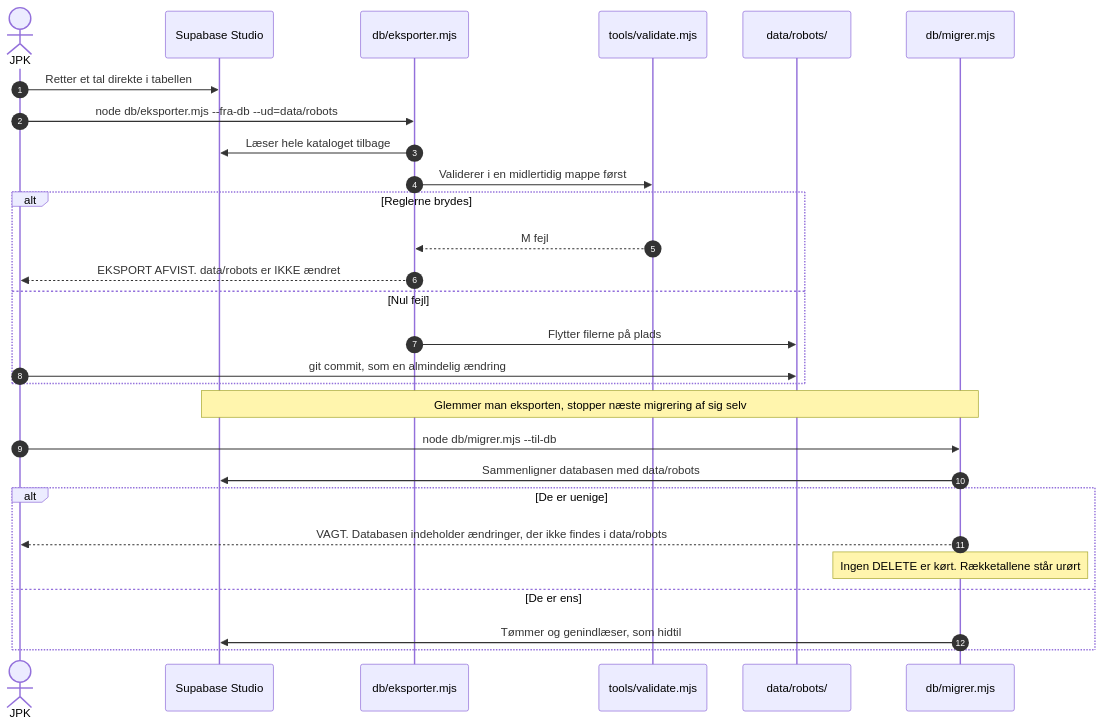
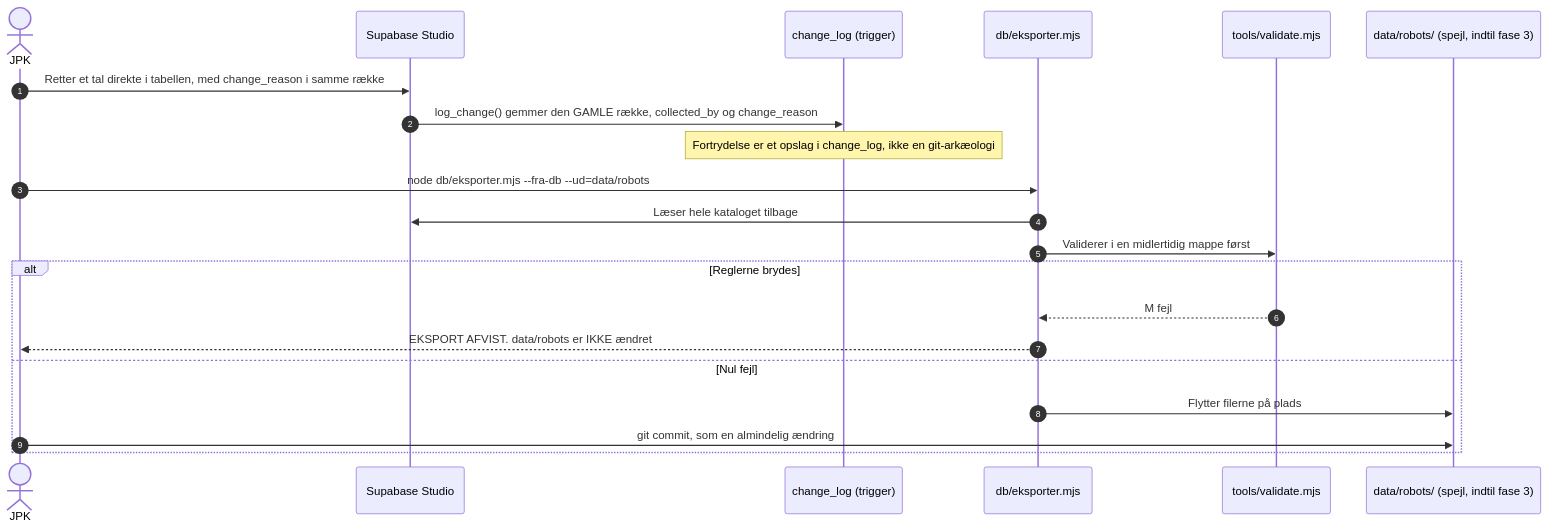
Before and after one commit to Thygeb/QuadrupedCatalog: the second of 3 diagrams in DATAFLOW.md, drawn with Mermaid. The commit also changed other lines of this file, not shown here.

First line of the commit message:
DATAFLOW.md skrevet om efter fase 1: een sandhedskilde, ingen vagt, tjek som port

````diff
--- a/DATAFLOW.md
+++ b/DATAFLOW.md
@@ -69,34 +84,26 @@
 ```mermaid
 sequenceDiagram
     autonumber
     actor JPK
     participant S as Supabase Studio
+    participant L as change_log (trigger)
     participant E as db/eksporter.mjs
     participant V as tools/validate.mjs
-    participant Y as data/robots/
-    participant M as db/migrer.mjs
+    participant Y as data/robots/ (spejl, indtil fase 3)
 
-    JPK->>S: Retter et tal direkte i tabellen
+    JPK->>S: Retter et tal direkte i tabellen, med change_reason i samme række
+    S->>L: log_change() gemmer den GAMLE række, collected_by og change_reason
+    Note over L: Fortrydelse er et opslag i change_log, ikke en git-arkæologi
+
     JPK->>E: node db/eksporter.mjs --fra-db --ud=data/robots
     E->>S: Læser hele kataloget tilbage
     E->>V: Validerer i en midlertidig mappe først
 
     alt Reglerne brydes
         V-->>E: M fejl
         E-->>JPK: EKSPORT AFVIST. data/robots er IKKE ændret
     else Nul fejl
         E->>Y: Flytter filerne på plads
         JPK->>Y: git commit, som en almindelig ændring
     end
-
-    Note over M,S: Glemmer man eksporten, stopper næste migrering af sig selv
-
-    JPK->>M: node db/migrer.mjs --til-db
-    M->>S: Sammenligner databasen med data/robots
-    alt De er uenige
-        M-->>JPK: VAGT. Databasen indeholder ændringer, der ikke findes i data/robots
-        Note over M: Ingen DELETE er kørt. Rækketallene står urørt
-    else De er ens
-        M->>S: Tømmer og genindlæser, som hidtil
-    end
 ```
````
